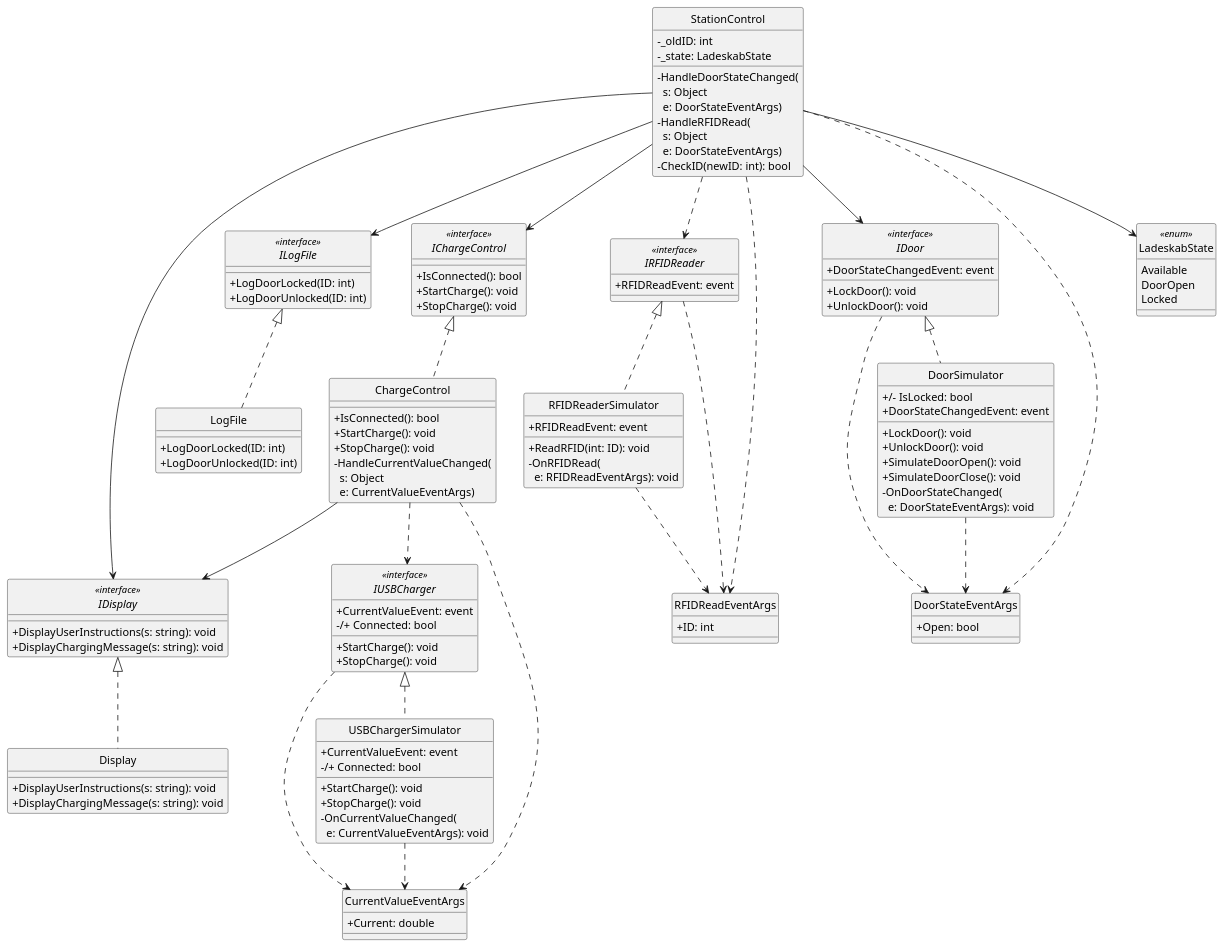
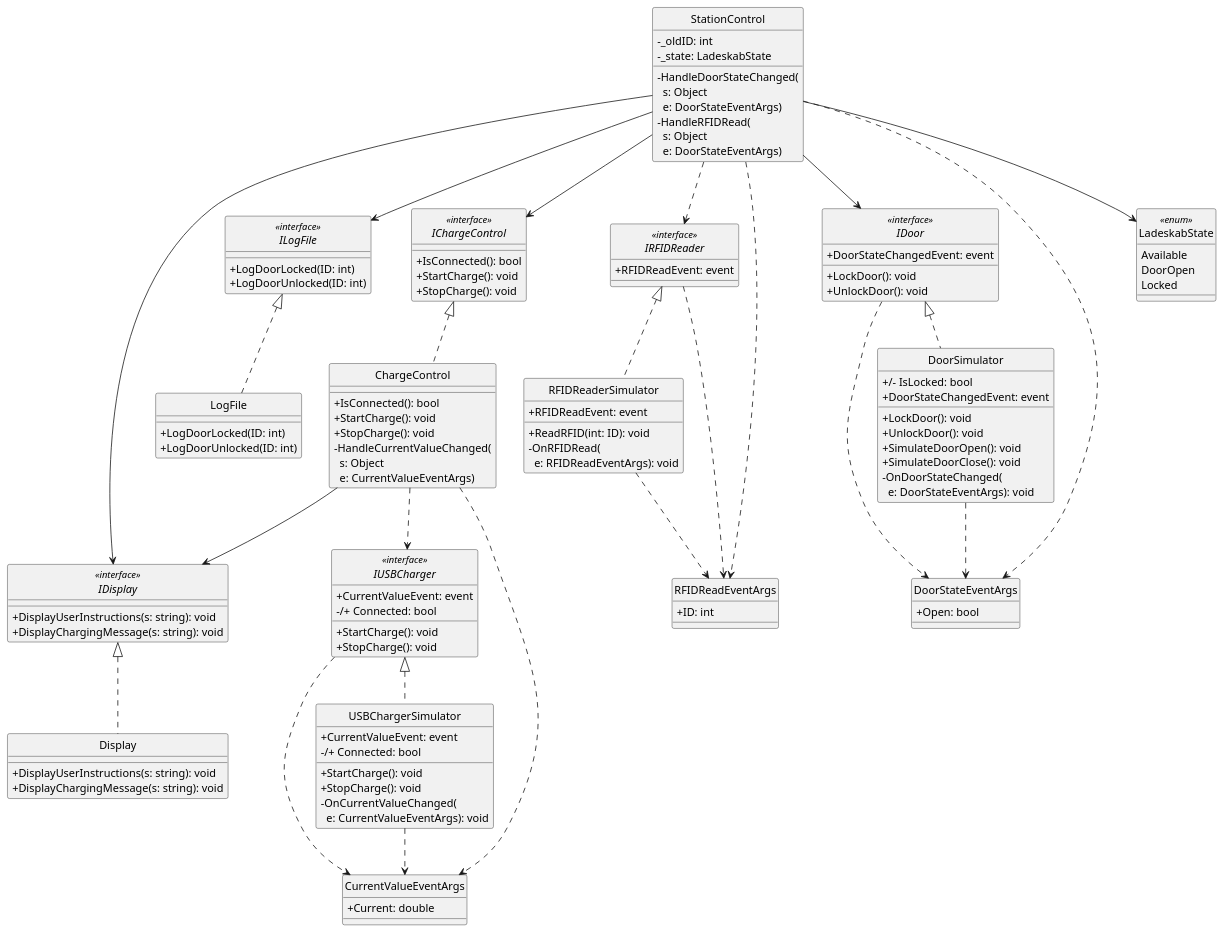
Before and after one commit to Yoda92/Aflevering2: the diagram in UML/ClassDiagram.puml, drawn with PlantUML. The commit also changed 2 other files, not shown here.

Commit message:
Added StationControl * 2x EventHandlers (DoorState, RFIDRead) * Removed CheckID from UML * Added constructor

```diff
--- a/UML/ClassDiagram.puml
+++ b/UML/ClassDiagram.puml
@@ -1,130 +1,129 @@
 @startuml
 hide circle
 skinparam classAttributeIconSize 0
 
 interface IDoor <<interface>> {
     + DoorStateChangedEvent: event
     + LockDoor(): void
     + UnlockDoor(): void
 }
 
 class DoorSimulator {
     +/- IsLocked: bool
     + DoorStateChangedEvent: event
     + LockDoor(): void
     + UnlockDoor(): void
     + SimulateDoorOpen(): void
     + SimulateDoorClose(): void
     - OnDoorStateChanged(\n  e: DoorStateEventArgs): void
 }
 
 class DoorStateEventArgs {
     + Open: bool
 }
 
 interface IRFIDReader <<interface>>{
     + RFIDReadEvent: event
 }
 
 class RFIDReaderSimulator {
     + RFIDReadEvent: event
     + ReadRFID(int: ID): void
     - OnRFIDRead(\n  e: RFIDReadEventArgs): void
 }
 
 class RFIDReadEventArgs {
     + ID: int
 }
 
 class StationControl {
     - _oldID: int
     - _state: LadeskabState
     - HandleDoorStateChanged(\n  s: Object\n  e: DoorStateEventArgs)
     - HandleRFIDRead(\n  s: Object\n  e: DoorStateEventArgs)
-    - CheckID(newID: int): bool
 }
 
 enum LadeskabState <<enum>>{
     Available
     DoorOpen
     Locked
 }
 
 interface IUSBCharger <<interface>>{
     + CurrentValueEvent: event
     + StartCharge(): void
     + StopCharge(): void
     -/+ Connected: bool
 }
 
 class CurrentValueEventArgs {
     + Current: double
 }
 
 
 class USBChargerSimulator {
     + CurrentValueEvent: event
     + StartCharge(): void
     + StopCharge(): void
     - OnCurrentValueChanged(\n  e: CurrentValueEventArgs): void
     -/+ Connected: bool
 }
 
 interface IChargeControl <<interface>>{
     + IsConnected(): bool
     + StartCharge(): void
     + StopCharge(): void
 }
 
 class ChargeControl {
     + IsConnected(): bool
     + StartCharge(): void
     + StopCharge(): void
     - HandleCurrentValueChanged(\n  s: Object\n  e: CurrentValueEventArgs)
 }
 
 interface IDisplay <<interface>>{
     + DisplayUserInstructions(s: string): void
     + DisplayChargingMessage(s: string): void
 }
 
 class Display {
     + DisplayUserInstructions(s: string): void
     + DisplayChargingMessage(s: string): void
 }
 
 interface ILogFile <<interface>>{
     + LogDoorLocked(ID: int)
     + LogDoorUnlocked(ID: int)
 }
 
 class LogFile {
     + LogDoorLocked(ID: int)
     + LogDoorUnlocked(ID: int)
 }
 
 
 DoorSimulator .up.|> IDoor
 StationControl --> IDoor
 RFIDReaderSimulator .up.|> IRFIDReader
 RFIDReaderSimulator ..> RFIDReadEventArgs
 IRFIDReader ..> RFIDReadEventArgs
 StationControl ..> IRFIDReader
 USBChargerSimulator .up.|> IUSBCharger
 USBChargerSimulator ..> CurrentValueEventArgs
 IUSBCharger ..> CurrentValueEventArgs
 ChargeControl ..> IUSBCharger
 StationControl --> IChargeControl
 ChargeControl .up.|> IChargeControl
 LogFile .up.|> ILogFile
 StationControl --> ILogFile
 Display .up.|> IDisplay
 StationControl --> IDisplay
 ChargeControl --> IDisplay 
 StationControl --> LadeskabState
 StationControl ..> RFIDReadEventArgs
 StationControl ..> DoorStateEventArgs
 IDoor ..> DoorStateEventArgs
 DoorSimulator ..> DoorStateEventArgs 
 ChargeControl ..> CurrentValueEventArgs
 @enduml
```
